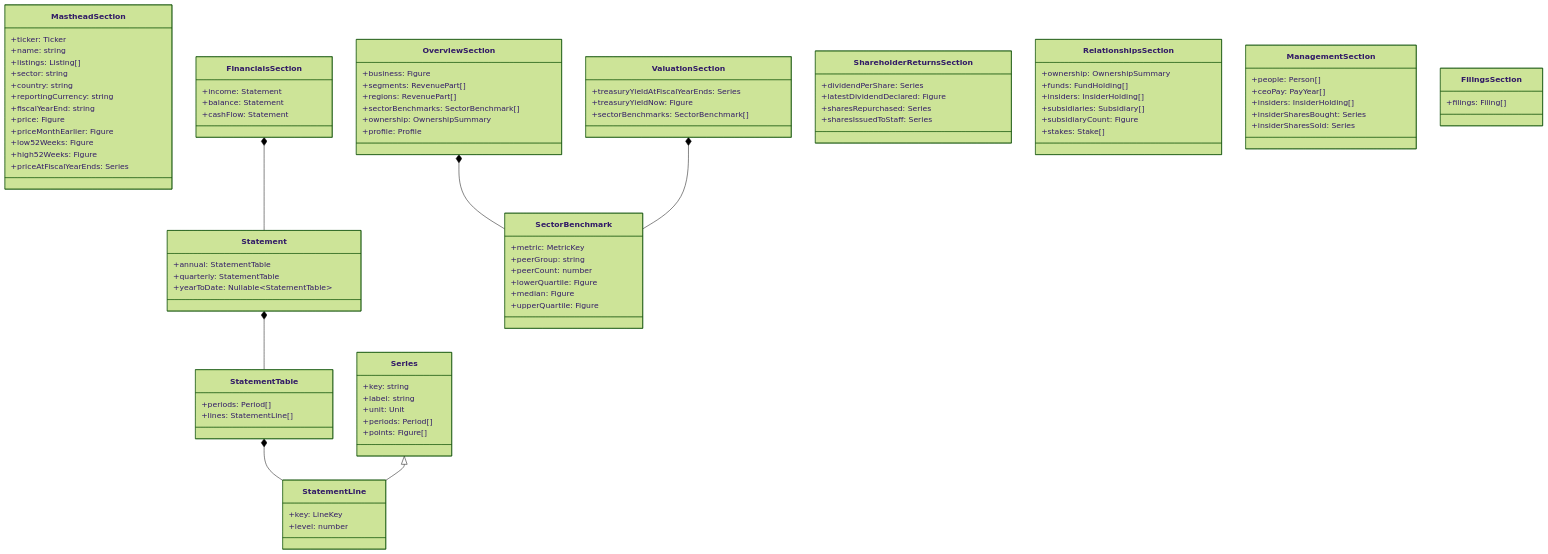
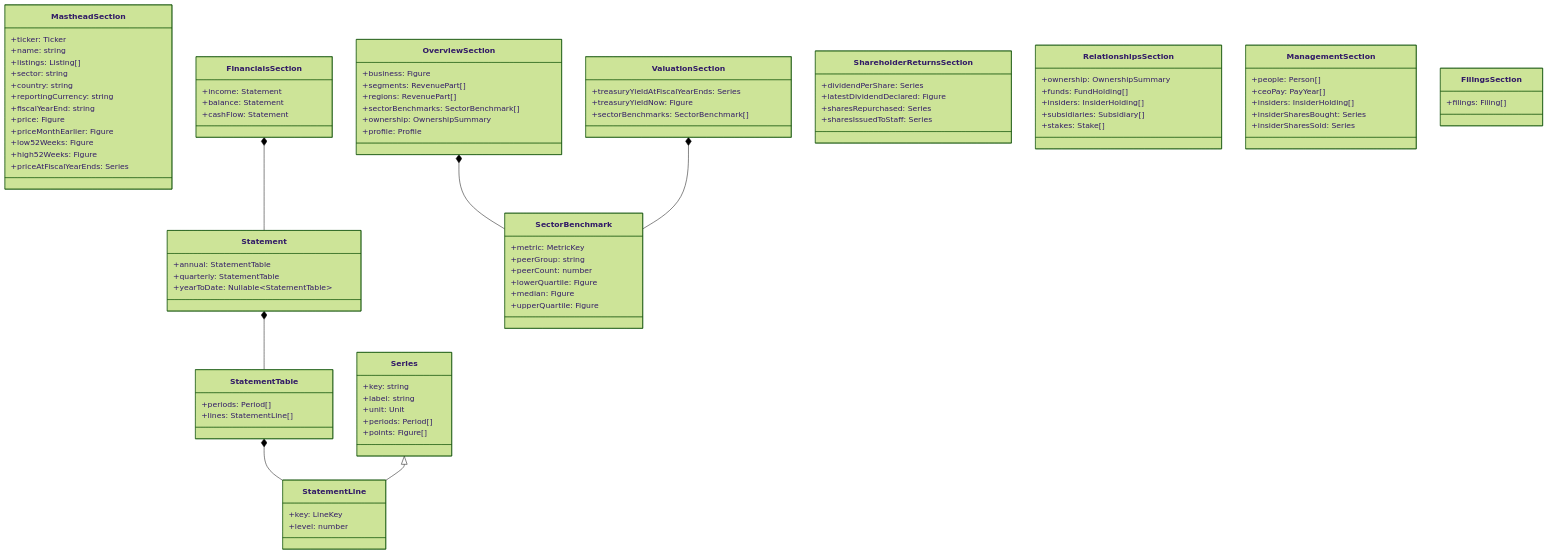
The fourth of 7 diagrams in design/uml_class_diagram/company_data_model.md (ironcapitaleu/frontend), drawn with Mermaid (forest theme) before and after one commit. The commit also changed other lines of this file, not shown here.

```diff
--- a/design/uml_class_diagram/company_data_model.md
+++ b/design/uml_class_diagram/company_data_model.md
@@ -505,7 +535,6 @@
         +funds: FundHolding[]
         +insiders: InsiderHolding[]
         +subsidiaries: Subsidiary[]
-        +subsidiaryCount: Figure
         +stakes: Stake[]
     }
     class ManagementSection {
```
